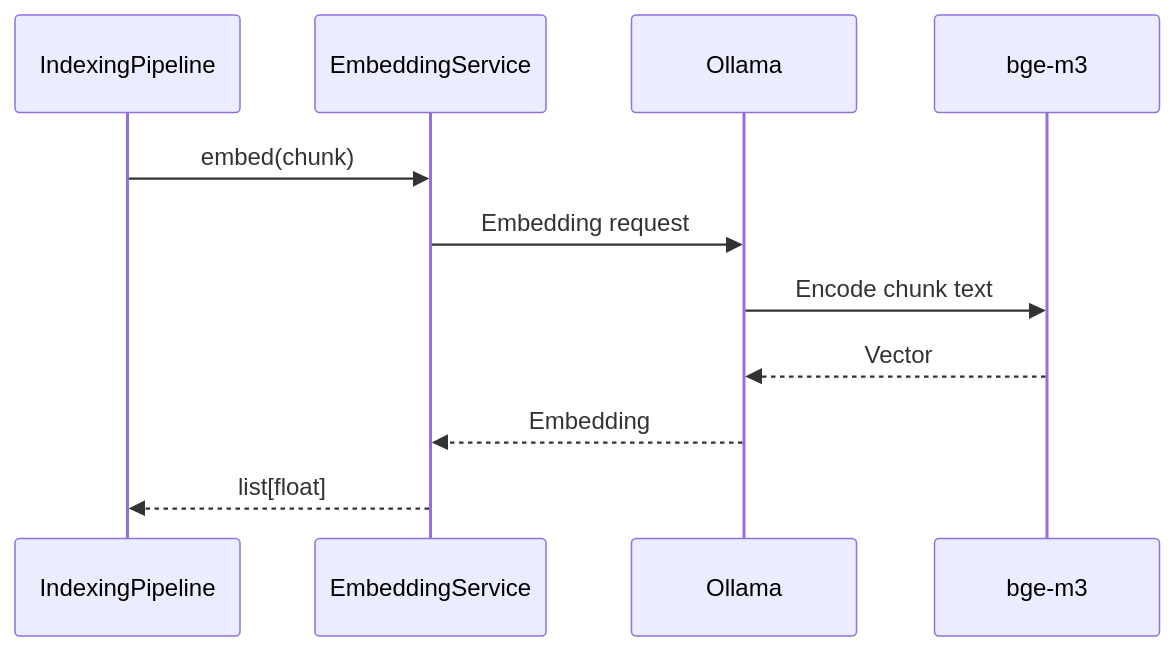
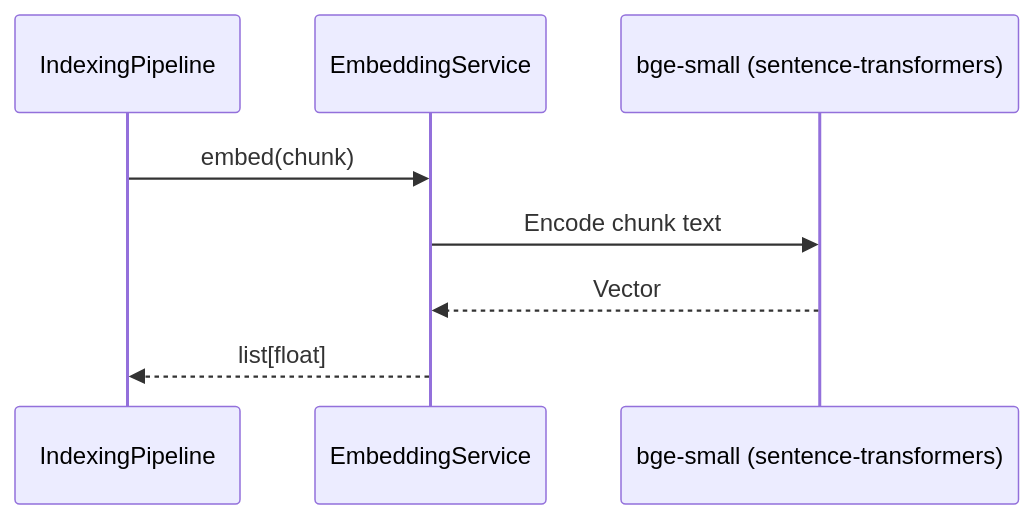
Before and after one commit to Ved3205/ai-meeting-intelligence: the ninth of 28 diagrams in docs/architecture.md, drawn with Mermaid. The commit also changed other lines of this file and 2 other files, not shown here.

Commit message:
docs: fix embedding description, add offline app section and Inno Setup script

````diff
--- a/docs/architecture.md
+++ b/docs/architecture.md
@@ -360,20 +358,15 @@
 ```mermaid
 sequenceDiagram
 
     participant Pipeline as IndexingPipeline
     participant ES as EmbeddingService
-    participant Ollama
-    participant Model as bge-m3
+    participant Model as bge-small (sentence-transformers)
 
     Pipeline->>ES: embed(chunk)
 
-    ES->>Ollama: Embedding request
+    ES->>Model: Encode chunk text
 
-    Ollama->>Model: Encode chunk text
-
-    Model-->>Ollama: Vector
-
-    Ollama-->>ES: Embedding
+    Model-->>ES: Vector
 
     ES-->>Pipeline: list[float]
 ```
````
